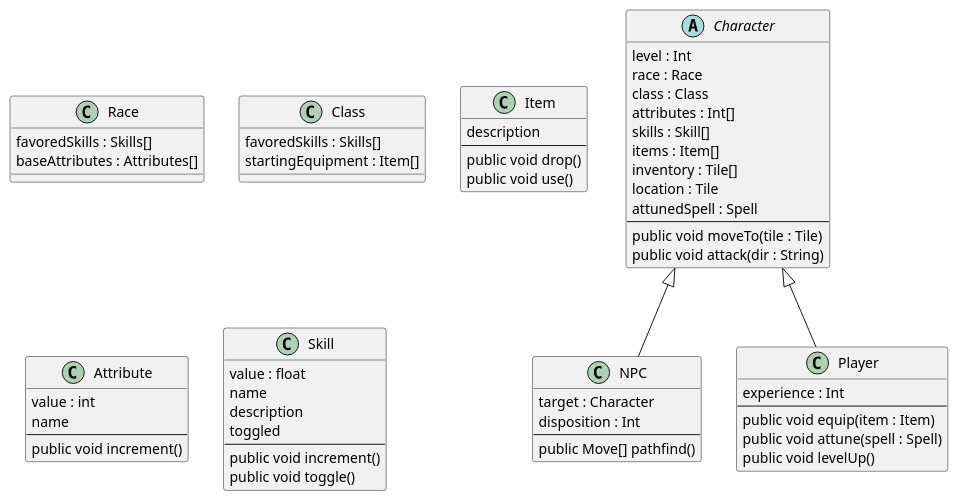
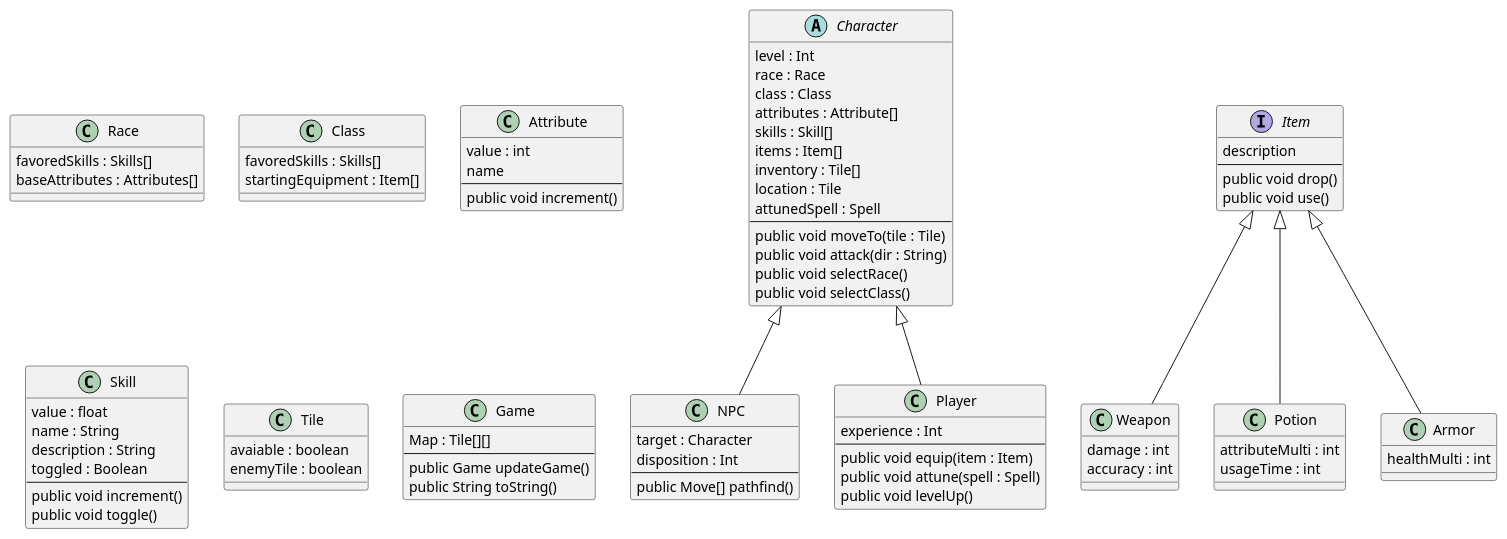
One commit to dgoldman30/Dungeon_Crawler changed the seventh of 7 diagrams in doc/design.md. Above: the diagram before and after it, drawn with PlantUML. The commit also changed other lines of this file and 1 other file, not shown here.

Commit message:
updated design

````diff
--- a/doc/design.md
+++ b/doc/design.md
@@ -180,7 +177,7 @@
     level : Int
     race : Race
     class : Class
-    attributes : Int[]
+    attributes : Attribute[]
     skills : Skill[]
     items : Item[]
     inventory : Tile[]
@@ -189,6 +186,8 @@
     --
     public void moveTo(tile : Tile)
     public void attack(dir : String)
+    public void selectRace()
+    public void selectClass()
 }
 
 class  NPC {
@@ -220,7 +219,7 @@
     startingEquipment : Item[]
 }
 
-class Item {
+interface Item {
     description
     --
     public void drop()
@@ -236,12 +235,41 @@
 
 class Skill {
     value : float
-    name
-    description
-    toggled
+    name : String
+    description : String
+    toggled : Boolean
     --
     public void increment()
     public void toggle()
 }
+class Weapon {
+damage : int 
+accuracy : int 
+}
+class Potion {
+attributeMulti : int 
+usageTime : int 
+}
+class Armor {
+healthMulti : int 
+}
+Item <|-- Weapon
+Item <|-- Potion
+Item <|-- Armor
+
+class Tile {
+avaiable : boolean
+enemyTile : boolean
+
+}
+class Game {
+Map : Tile[][]
+--
+public Game updateGame()
+public String toString()
+}
+
+
+
 @enduml
 ```
````
